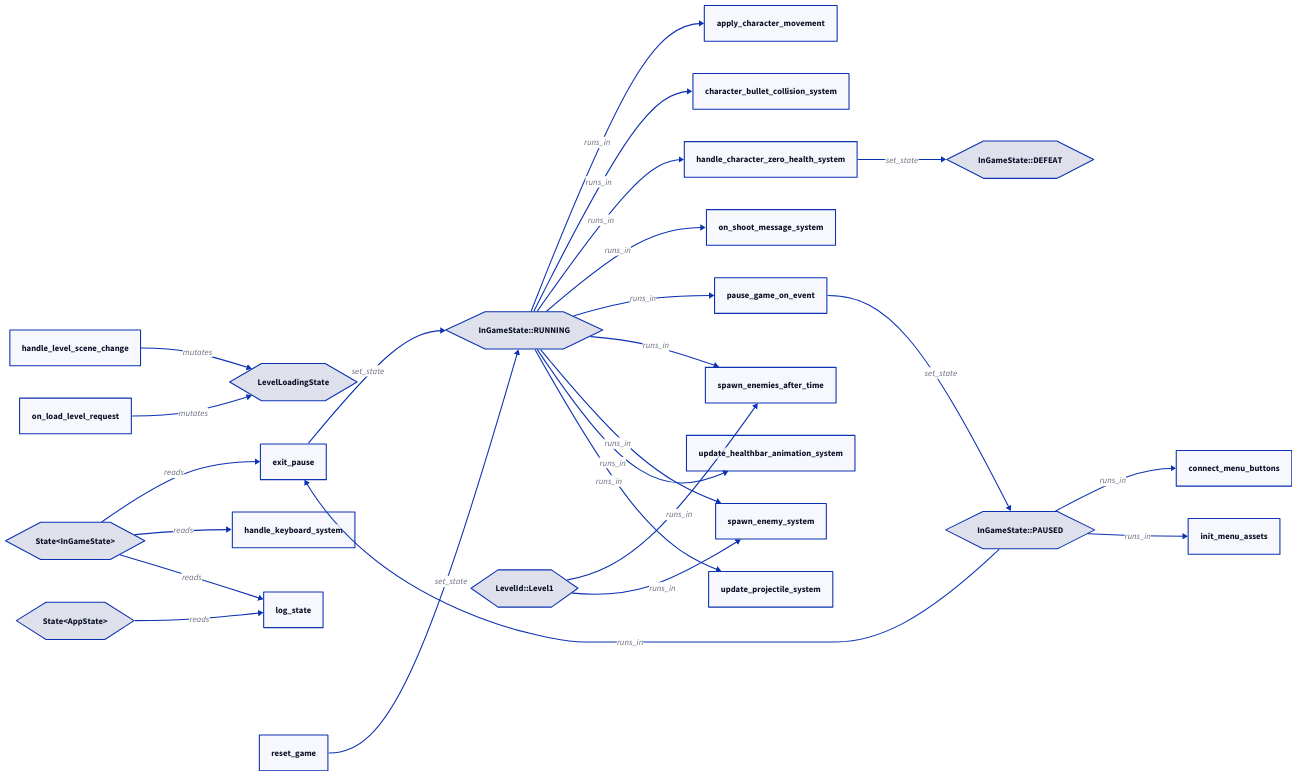
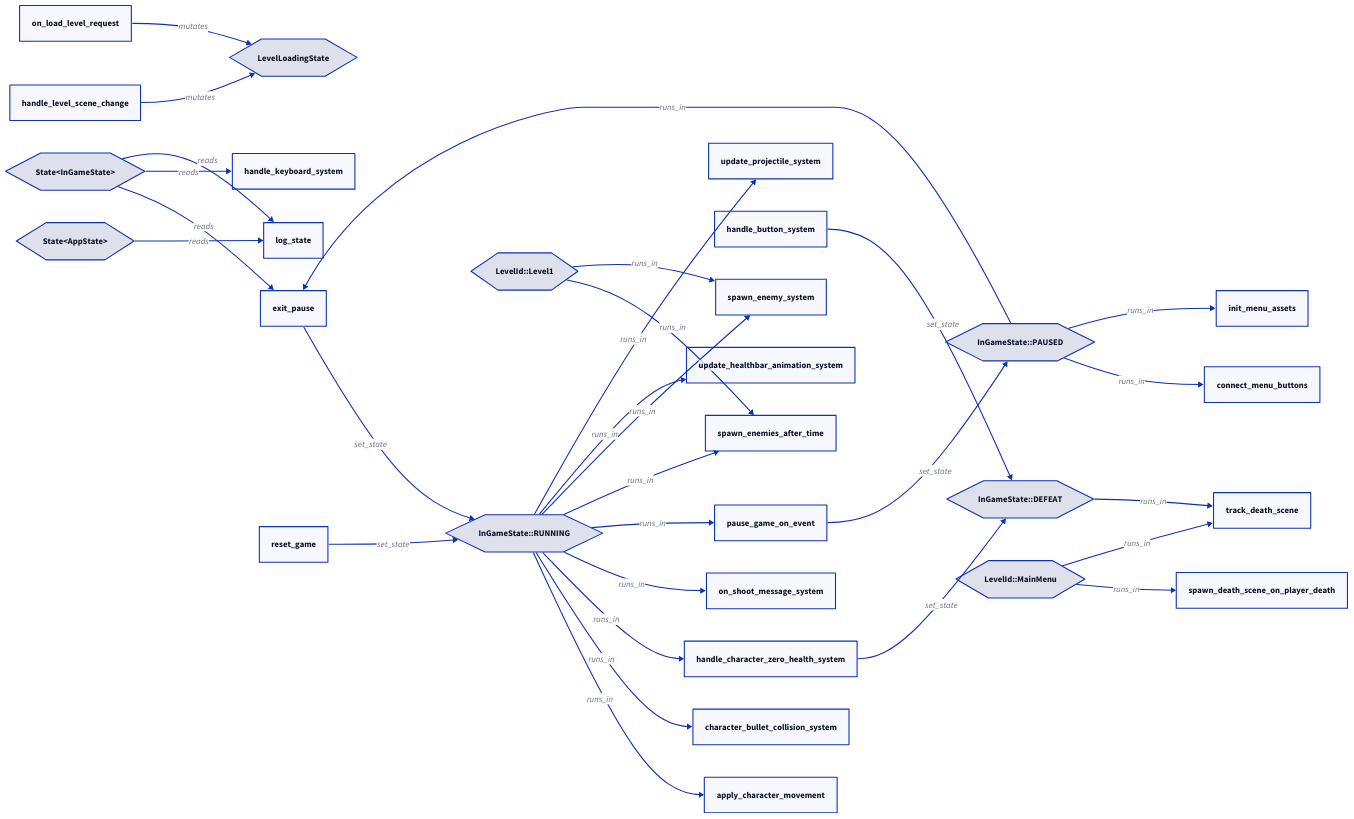
The diagram in docs/states.d2 (edizeqiri/BulletsOnWheels), drawn with D2 before and after one commit. The commit also changed 5 other files, not shown here.

Commit message:
chore: regenerate architecture diagrams

```diff
--- a/docs/states.d2
+++ b/docs/states.d2
@@ -1,52 +1,60 @@
 direction: right
 
 "LevelLoadingState": { shape: hexagon }
 "State<AppState>": { shape: hexagon }
 "State<InGameState>": { shape: hexagon }
 "InGameState::DEFEAT": { shape: hexagon }
 "InGameState::PAUSED": { shape: hexagon }
 "InGameState::RUNNING": { shape: hexagon }
 "LevelId::Level1": { shape: hexagon }
+"LevelId::MainMenu": { shape: hexagon }
 
 "apply_character_movement": { shape: rectangle }
 "character_bullet_collision_system": { shape: rectangle }
 "connect_menu_buttons": { shape: rectangle }
 "exit_pause": { shape: rectangle }
+"handle_button_system": { shape: rectangle }
 "handle_character_zero_health_system": { shape: rectangle }
 "handle_keyboard_system": { shape: rectangle }
 "handle_level_scene_change": { shape: rectangle }
 "init_menu_assets": { shape: rectangle }
 "log_state": { shape: rectangle }
 "on_load_level_request": { shape: rectangle }
 "on_shoot_message_system": { shape: rectangle }
 "pause_game_on_event": { shape: rectangle }
 "reset_game": { shape: rectangle }
+"spawn_death_scene_on_player_death": { shape: rectangle }
 "spawn_enemies_after_time": { shape: rectangle }
 "spawn_enemy_system": { shape: rectangle }
+"track_death_scene": { shape: rectangle }
 "update_healthbar_animation_system": { shape: rectangle }
 "update_projectile_system": { shape: rectangle }
 
 "InGameState::RUNNING" -> "apply_character_movement": runs_in
 "InGameState::RUNNING" -> "character_bullet_collision_system": runs_in
 "InGameState::PAUSED" -> "connect_menu_buttons": runs_in
 "State<InGameState>" -> "exit_pause": reads
 "exit_pause" -> "InGameState::RUNNING": set_state
 "InGameState::PAUSED" -> "exit_pause": runs_in
+"handle_button_system" -> "InGameState::DEFEAT": set_state
 "handle_character_zero_health_system" -> "InGameState::DEFEAT": set_state
 "InGameState::RUNNING" -> "handle_character_zero_health_system": runs_in
 "State<InGameState>" -> "handle_keyboard_system": reads
 "handle_level_scene_change" -> "LevelLoadingState": mutates
 "InGameState::PAUSED" -> "init_menu_assets": runs_in
 "State<AppState>" -> "log_state": reads
 "State<InGameState>" -> "log_state": reads
 "on_load_level_request" -> "LevelLoadingState": mutates
 "InGameState::RUNNING" -> "on_shoot_message_system": runs_in
 "pause_game_on_event" -> "InGameState::PAUSED": set_state
 "InGameState::RUNNING" -> "pause_game_on_event": runs_in
 "reset_game" -> "InGameState::RUNNING": set_state
+"LevelId::MainMenu" -> "spawn_death_scene_on_player_death": runs_in
 "InGameState::RUNNING" -> "spawn_enemies_after_time": runs_in
 "LevelId::Level1" -> "spawn_enemies_after_time": runs_in
 "InGameState::RUNNING" -> "spawn_enemy_system": runs_in
 "LevelId::Level1" -> "spawn_enemy_system": runs_in
+"InGameState::DEFEAT" -> "track_death_scene": runs_in
+"LevelId::MainMenu" -> "track_death_scene": runs_in
 "InGameState::RUNNING" -> "update_healthbar_animation_system": runs_in
 "InGameState::RUNNING" -> "update_projectile_system": runs_in
```
